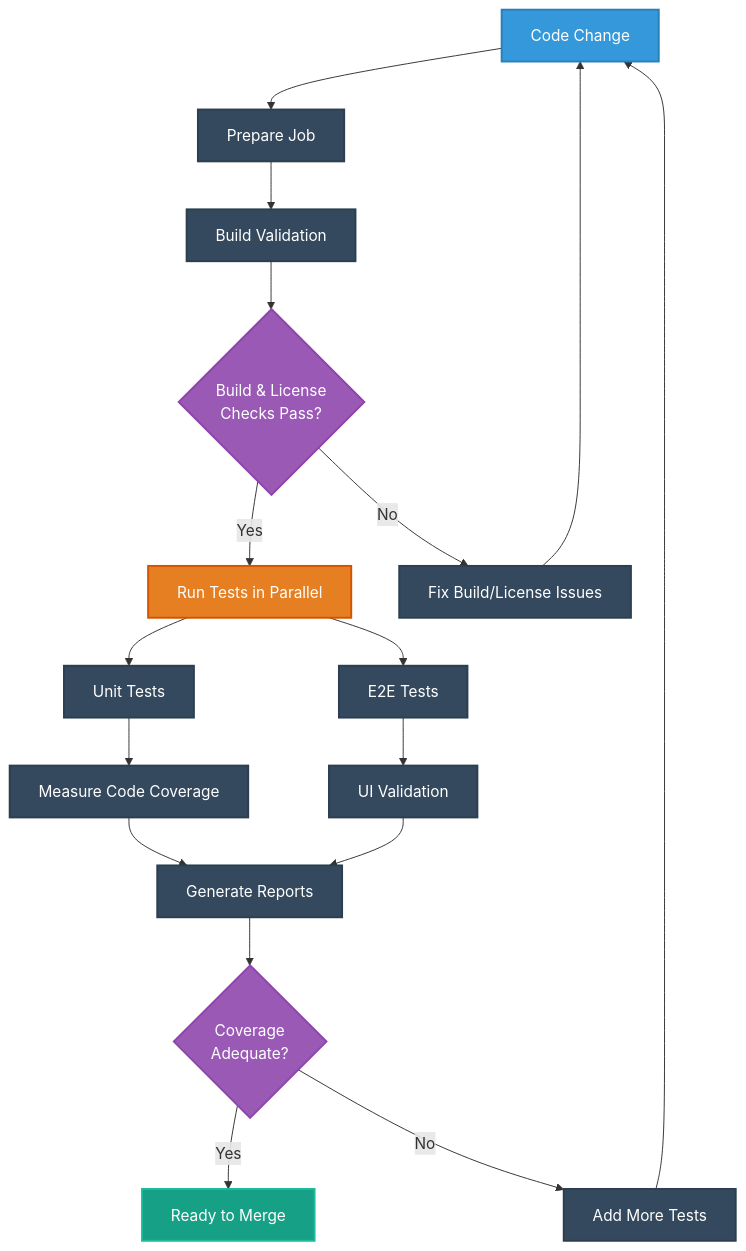
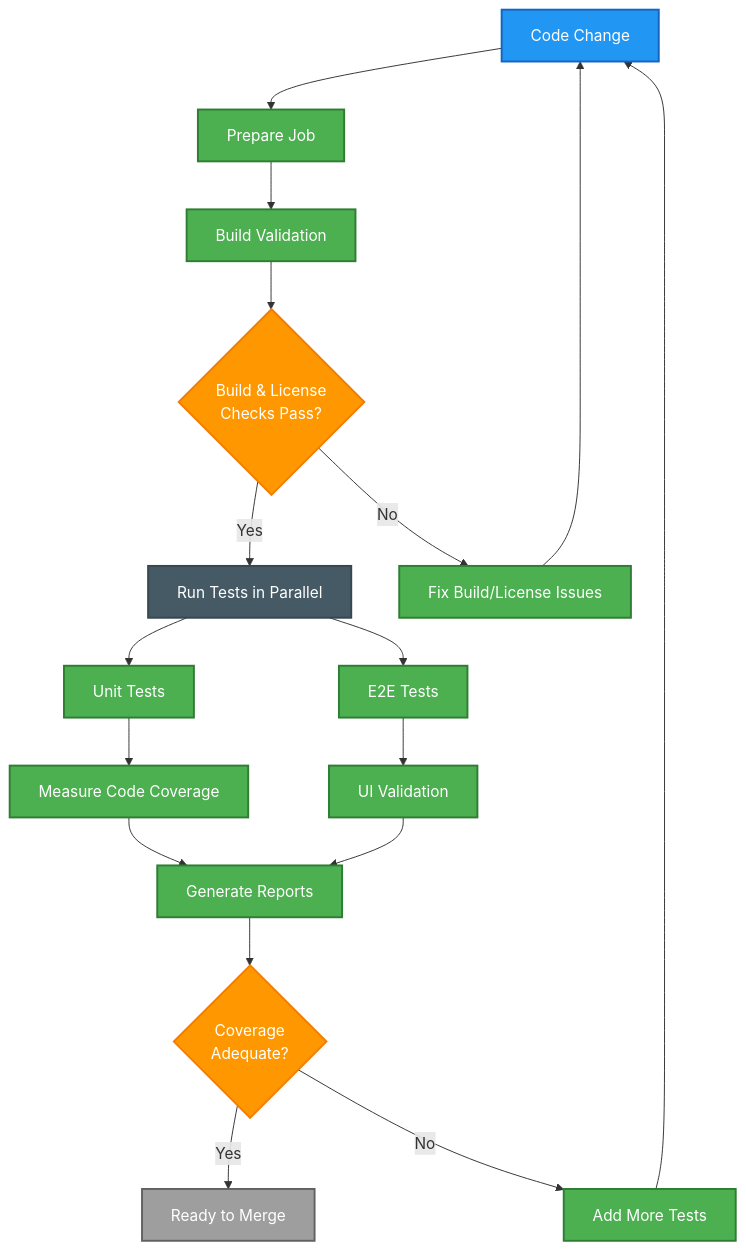
One commit to step-security-bot/cia-compliance-manager changed the second of 13 diagrams in docs/architecture/WORKFLOWS.md. Above: the diagram before and after it, drawn with Mermaid. The commit also changed other lines of this file and 27 other files, not shown here.

First line of the commit message:
fix: resolve broken mermaid diagrams and improve color coding to match ISMS style guide (#1106)

````diff
--- a/docs/architecture/WORKFLOWS.md
+++ b/docs/architecture/WORKFLOWS.md
@@ -263,36 +263,36 @@
 ```mermaid
 flowchart TD
     CodeChange[Code Change] --> PrepareJob[Prepare Job]
     PrepareJob --> BuildValidation[Build Validation]
     BuildValidation --> Adequate{Build & License<br>Checks Pass?}
     Adequate -->|Yes| ParallelTests[Run Tests in Parallel]
     Adequate -->|No| FixBuild[Fix Build/License Issues]
     FixBuild --> CodeChange
     
     ParallelTests --> UnitTests[Unit Tests]
     ParallelTests --> E2ETests[E2E Tests]
     
     UnitTests --> CoverageMeasurement[Measure Code Coverage]
     E2ETests --> UIValidation[UI Validation]
     
     CoverageMeasurement --> Report[Generate Reports]
     UIValidation --> Report
     
     Report --> CoverageCheck{Coverage<br>Adequate?}
     CoverageCheck -->|Yes| MergeCode[Ready to Merge]
     CoverageCheck -->|No| AddTests[Add More Tests]
     AddTests --> CodeChange
     
     %% Apply styles using class definitions
-    classDef start fill:#3498db,stroke:#2980b9,stroke-width:2px,color:white
-    classDef process fill:#34495e,stroke:#2c3e50,stroke-width:2px,color:white
-    classDef decision fill:#9b59b6,stroke:#8e44ad,stroke-width:2px,color:white
-    classDef endProcess fill:#16a085,stroke:#1abc9c,stroke-width:2px,color:white
-    classDef parallel fill:#e67e22,stroke:#d35400,stroke-width:2px,color:white
+    classDef start fill:#2196F3,stroke:#1565C0,stroke-width:2px,color:#ffffff
+    classDef process fill:#4CAF50,stroke:#2E7D32,stroke-width:2px,color:#ffffff
+    classDef decision fill:#FF9800,stroke:#F57C00,stroke-width:2px,color:#ffffff
+    classDef endProcess fill:#9E9E9E,stroke:#616161,stroke-width:2px,color:#ffffff
+    classDef parallel fill:#455A64,stroke:#37474F,stroke-width:2px,color:#ffffff
     
     class CodeChange start
     class PrepareJob,BuildValidation,UnitTests,E2ETests,CoverageMeasurement,UIValidation,Report,AddTests,FixBuild process
     class Adequate,CoverageCheck decision
     class MergeCode endProcess
     class ParallelTests parallel
 ```
````
